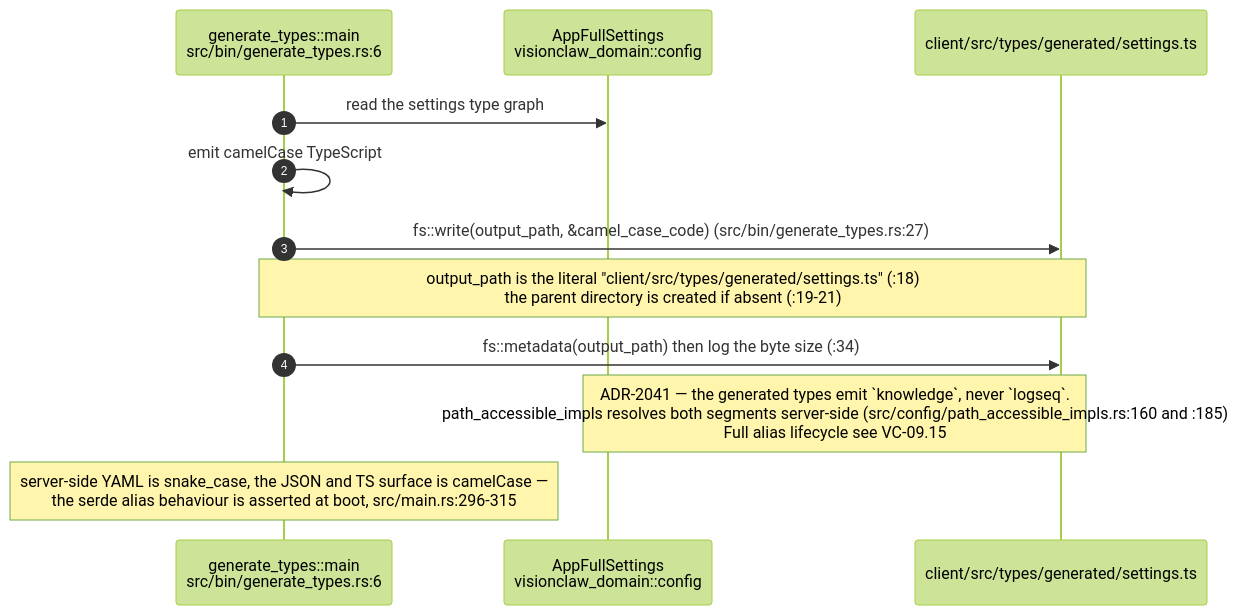
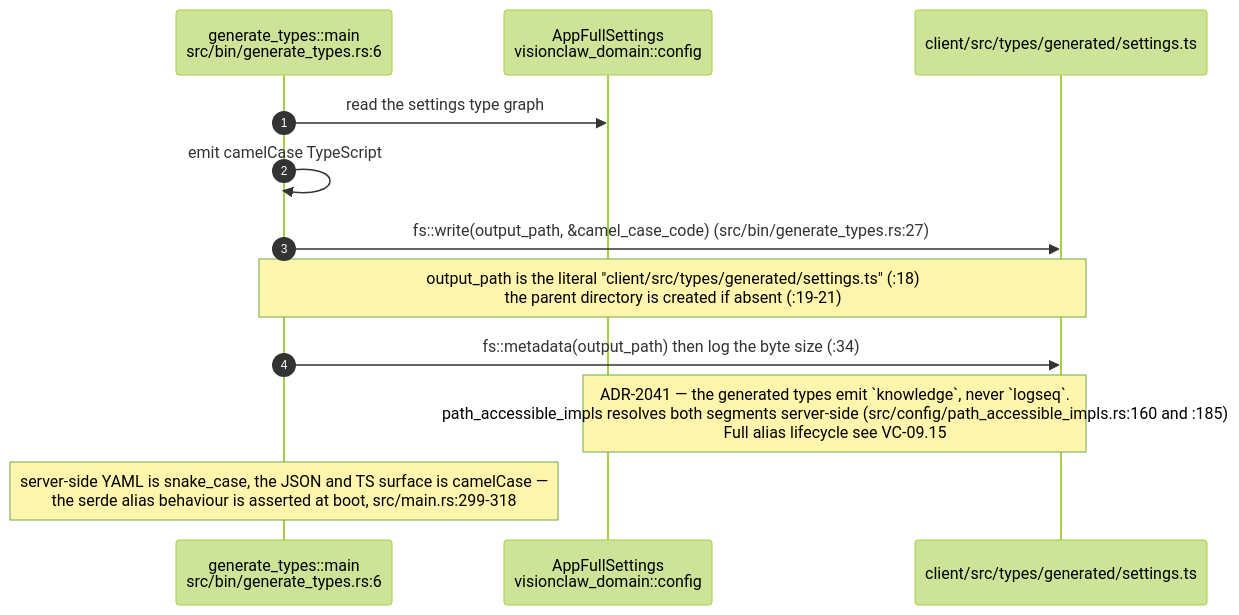
The ninth of 10 diagrams in docs/diagrams/visionclaw/06-settings-round-trip.md (DreamLab-AI/AR-AI-Knowledge-Graph), drawn with Mermaid (forest theme) before and after one commit. The commit also changed other lines of this file and 73 other files, not shown here.

First line of the commit message:
docs(diagrams): re-verify all 71 topic files against HEAD; add --cite-check

````diff
--- a/docs/diagrams/visionclaw/06-settings-round-trip.md
+++ b/docs/diagrams/visionclaw/06-settings-round-trip.md
@@ -310,15 +310,15 @@
 ```mermaid
 sequenceDiagram
     autonumber
     participant B as generate_types::main<br/>src/bin/generate_types.rs:6
     participant D as AppFullSettings<br/>visionclaw_domain::config
     participant F as client/src/types/generated/settings.ts
 
     B->>D: read the settings type graph
     B->>B: emit camelCase TypeScript
     B->>F: fs::write(output_path, &camel_case_code) (src/bin/generate_types.rs:27)
     Note over B,F: output_path is the literal "client/src/types/generated/settings.ts" (:18)<br/>the parent directory is created if absent (:19-21)
     B->>F: fs::metadata(output_path) then log the byte size (:34)
     Note over D,F: ADR-2041 — the generated types emit `knowledge`, never `logseq`.<br/>path_accessible_impls resolves both segments server-side (src/config/path_accessible_impls.rs:160 and :185)<br/>Full alias lifecycle see VC-09.15
-    Note over B: server-side YAML is snake_case, the JSON and TS surface is camelCase —<br/>the serde alias behaviour is asserted at boot, src/main.rs:296-315
+    Note over B: server-side YAML is snake_case, the JSON and TS surface is camelCase —<br/>the serde alias behaviour is asserted at boot, src/main.rs:299-318
 ```
````
